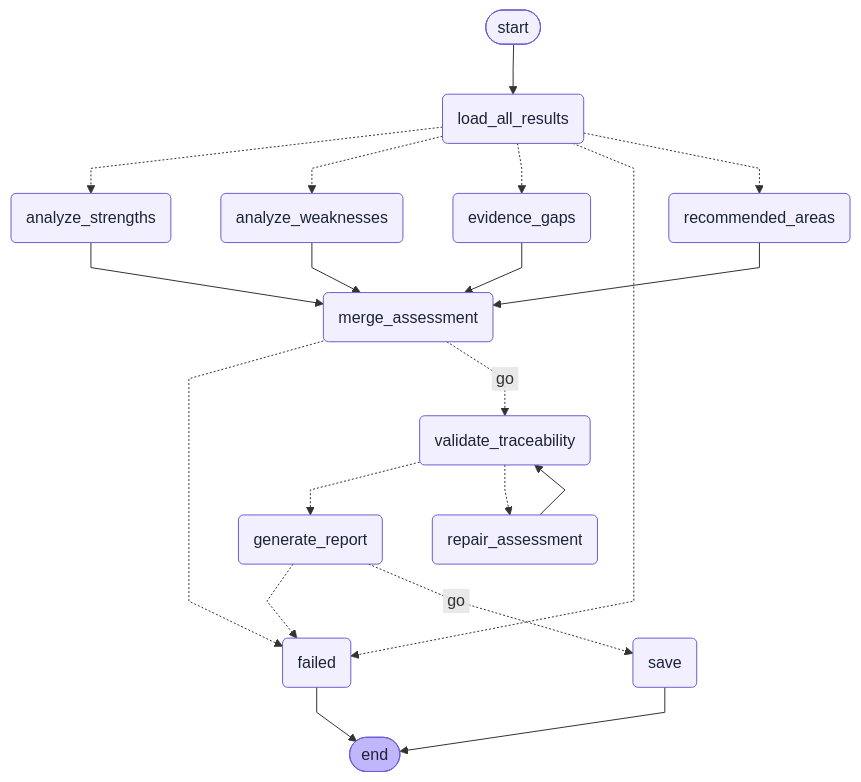
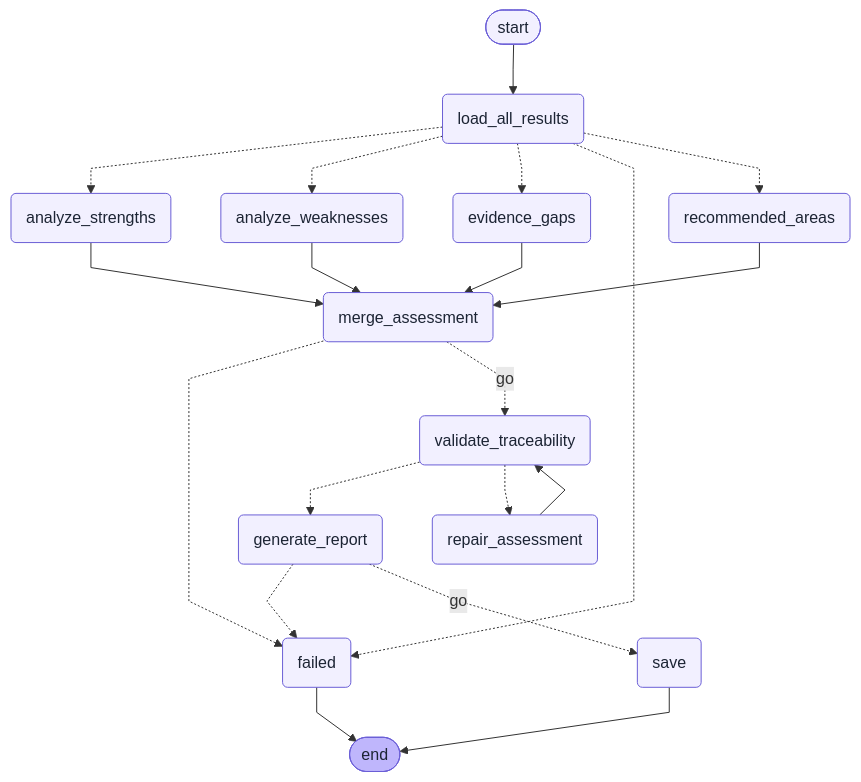
The sixth of 9 diagrams in docs/architecture/LumenAI_Workflows_From_Code.md (AKSShan10/LumenAi), drawn with Mermaid before and after one commit. The commit also changed other lines of this file and 1 other file, not shown here.

First line of the commit message:
fix(docs): show plain labels in workflow diagrams

````diff
--- a/docs/architecture/LumenAI_Workflows_From_Code.md
+++ b/docs/architecture/LumenAI_Workflows_From_Code.md
@@ -216,43 +216,43 @@
 ```mermaid
 ---
 config:
   flowchart:
     curve: linear
 ---
 graph TD;
 	__start__([start]):::first
 	load_all_results(load_all_results)
 	analyze_strengths(analyze_strengths)
 	analyze_weaknesses(analyze_weaknesses)
 	evidence_gaps(evidence_gaps)
 	recommended_areas(recommended_areas)
 	merge_assessment(merge_assessment)
 	validate_traceability(validate_traceability)
 	repair_assessment(repair_assessment)
 	generate_report(generate_report)
 	save(save)
 	failed(failed)
 	__end__([end]):::last
 	__start__ --> load_all_results;
 	analyze_strengths --> merge_assessment;
 	analyze_weaknesses --> merge_assessment;
 	evidence_gaps --> merge_assessment;
 	generate_report -.-> failed;
-	generate_report -. &nbsp;go&nbsp; .-> save;
+	generate_report -. go .-> save;
 	load_all_results -.-> analyze_strengths;
 	load_all_results -.-> analyze_weaknesses;
 	load_all_results -.-> evidence_gaps;
 	load_all_results -.-> failed;
 	load_all_results -.-> recommended_areas;
 	merge_assessment -.-> failed;
-	merge_assessment -. &nbsp;go&nbsp; .-> validate_traceability;
+	merge_assessment -. go .-> validate_traceability;
 	recommended_areas --> merge_assessment;
 	repair_assessment --> validate_traceability;
 	validate_traceability -.-> generate_report;
 	validate_traceability -.-> repair_assessment;
 	failed --> __end__;
 	save --> __end__;
 	classDef default fill:#f2f0ff,stroke:#6b5fd6,color:#1c2434,line-height:1.2
 	classDef first fill:#f2f0ff,stroke:#6b5fd6,color:#1c2434
 	classDef last fill:#bfb6fc,stroke:#6b5fd6,color:#1c2434
 ```
````
